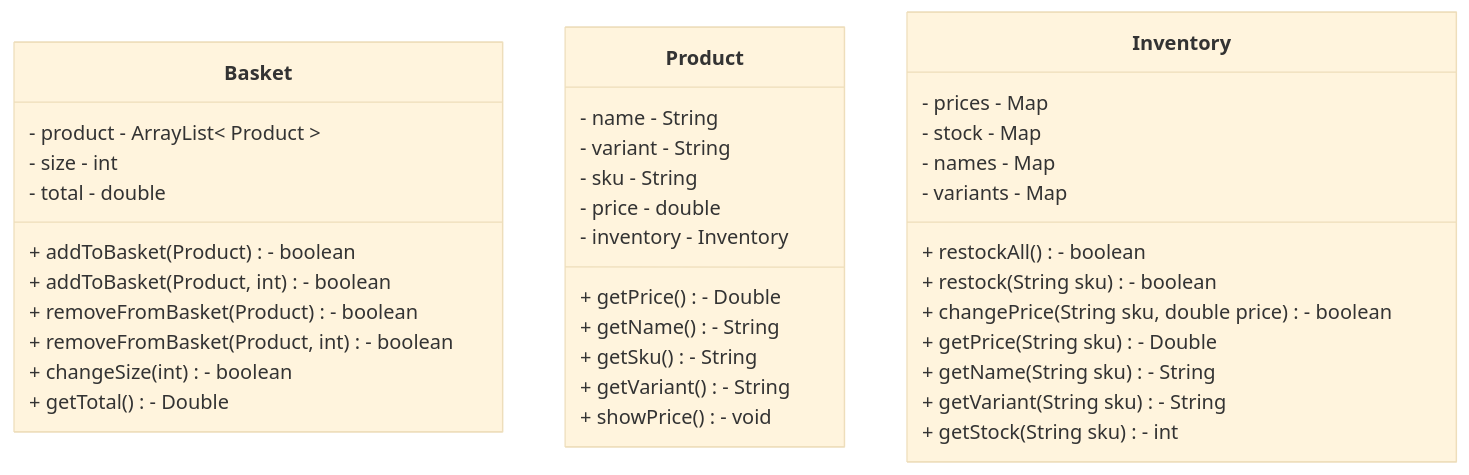
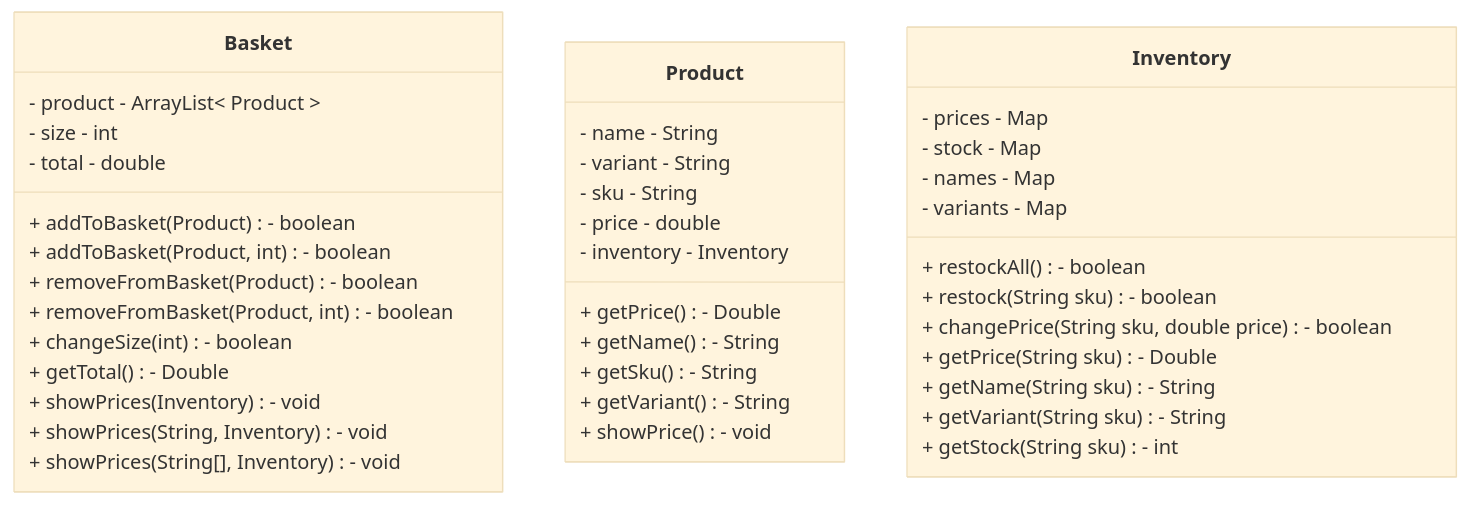
Before and after one commit to nora-hansen/java-tdd-oop-bobs-bagels: the diagram in class-diagram.md, drawn with Mermaid (base theme). The commit also changed 1 other file, not shown here.

Commit message:
Updated diagram and model

`````diff
--- a/class-diagram.md
+++ b/class-diagram.md
@@ -1,34 +1,37 @@
 ````mermaid
 classDiagram
     Basket : - product - ArrayList< Product >
     Basket : - size - int
     Basket : - total - double
     Basket : + addToBasket(Product) - boolean
     Basket : + addToBasket(Product, int) - boolean
     Basket : + removeFromBasket(Product) - boolean
     Basket : + removeFromBasket(Product, int) - boolean
     Basket : + changeSize(int) - boolean
     Basket : + getTotal() - Double
+    Basket : + showPrices(Inventory) - void
+    Basket : + showPrices(String, Inventory) - void
+    Basket : + showPrices(String[], Inventory) - void
     Product : - name - String
     Product : - variant - String
     Product : - sku - String
     Product : - price - double
     Product : - inventory - Inventory
     Product : + getPrice() - Double
     Product : + getName() - String
     Product : + getSku() - String
     Product : + getVariant() - String
     Product : + showPrice() - void
     Inventory : - prices - Map
     Inventory : - stock - Map
     Inventory : - names - Map
     Inventory : - variants - Map
     Inventory : + restockAll() - boolean
     Inventory : + restock(String sku) - boolean
     Inventory : + changePrice(String sku, double price) - boolean
     Inventory : + getPrice(String sku) - Double
     Inventory : + getName(String sku) - String
     Inventory : + getVariant(String sku) - String
     Inventory : + getStock(String sku) - int
 
 ````
`````
